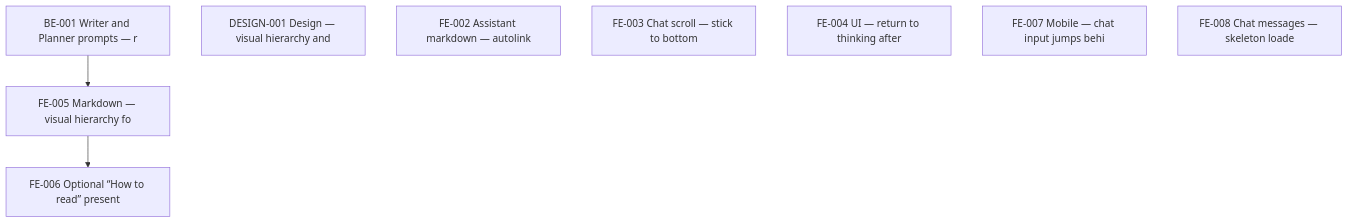
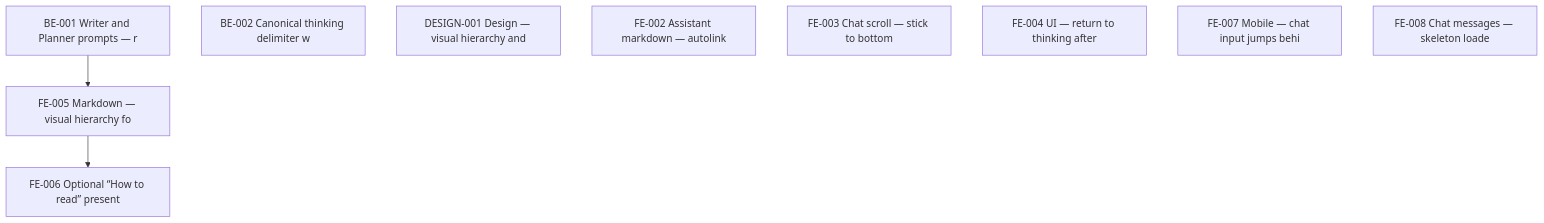
One commit to admariner/data-ai-chatbot changed the diagram in TODO/README.md. Above: the diagram before and after it, drawn with Mermaid. The commit also changed other lines of this file and 1 other file, not shown here.

Commit message:
Add new task for canonical split token

````diff
--- a/TODO/README.md
+++ b/TODO/README.md
@@ -34,14 +35,15 @@
 ```mermaid
 flowchart TB
   BE001["BE-001 Writer and Planner prompts — r"]
+  BE002["BE-002 Canonical thinking delimiter w"]
   DESIGN001["DESIGN-001 Design — visual hierarchy and "]
   FE002["FE-002 Assistant markdown — autolink "]
   FE003["FE-003 Chat scroll — stick to bottom "]
   FE004["FE-004 UI — return to thinking after "]
   FE005["FE-005 Markdown — visual hierarchy fo"]
   FE006["FE-006 Optional “How to read” present"]
   FE007["FE-007 Mobile — chat input jumps behi"]
   FE008["FE-008 Chat messages — skeleton loade"]
   BE001 --> FE005
   FE005 --> FE006
 ```
````
